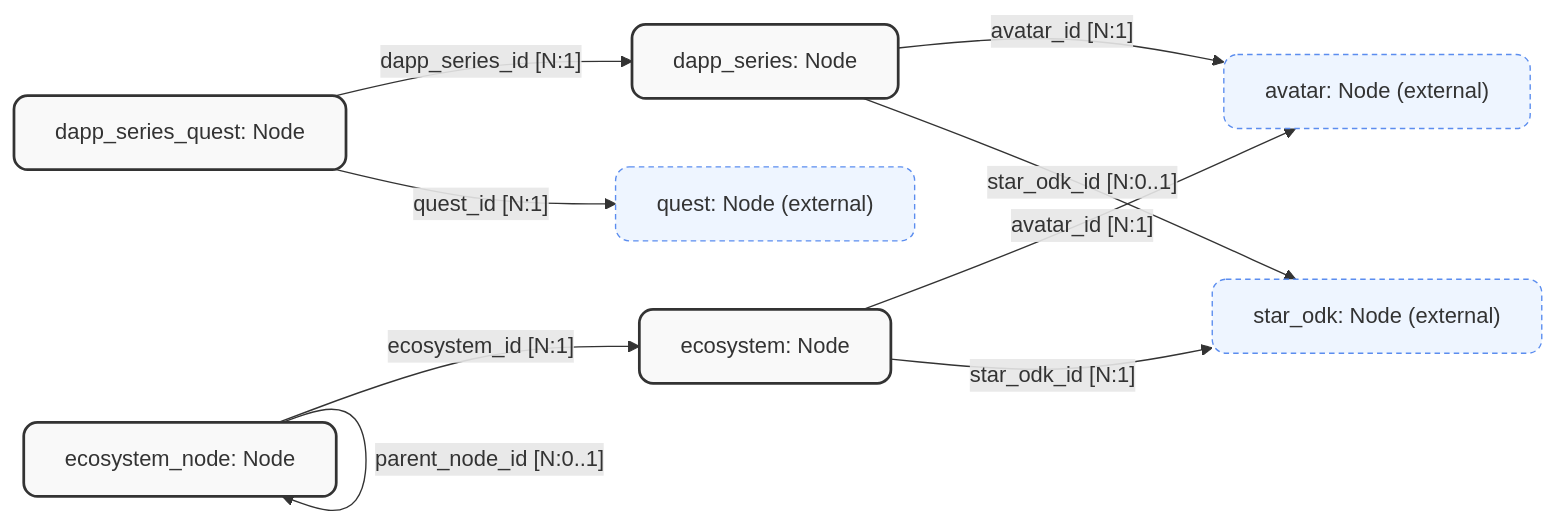
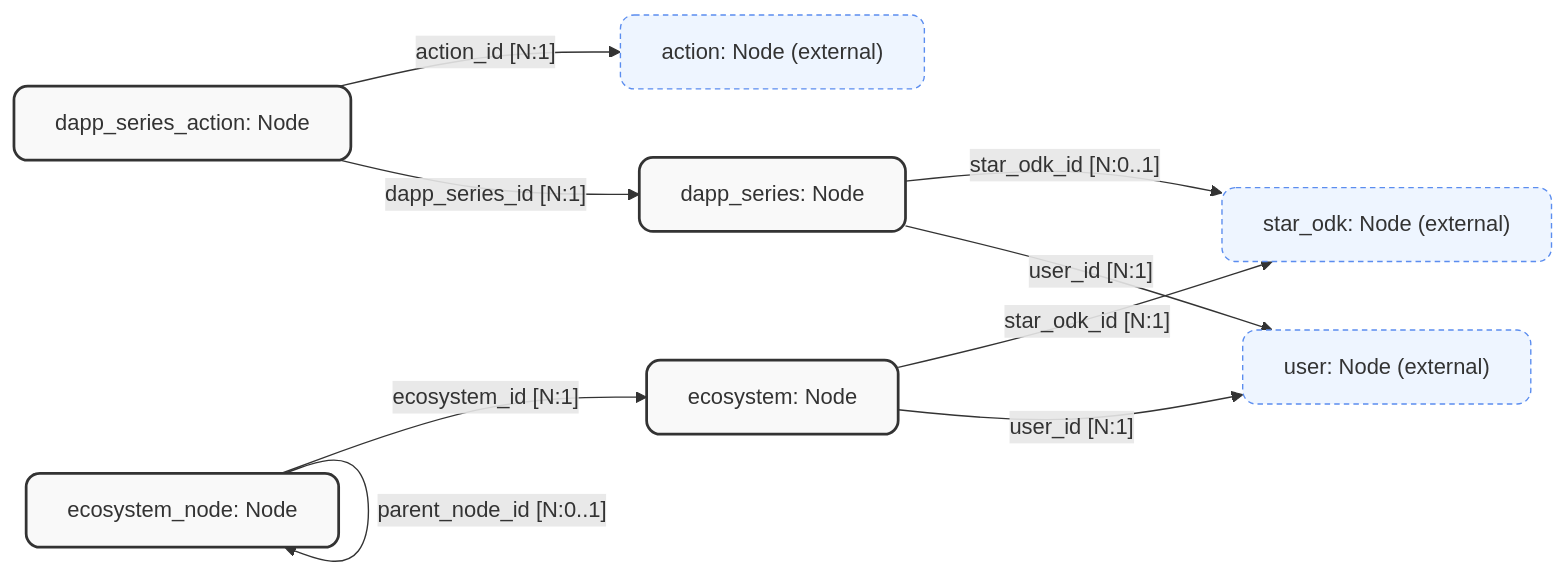
One commit to JadeZaher/azoa-autonomous-zones-of-action changed the diagram in Persistence/SurrealDb/Generated/Flowcharts/dapp_composition.flowchart.mermaid. Above: the diagram before and after it, drawn with Mermaid. The commit also changed 1347 other files, not shown here.

```diff
--- a/Persistence/SurrealDb/Generated/Flowcharts/dapp_composition.flowchart.mermaid
+++ b/Persistence/SurrealDb/Generated/Flowcharts/dapp_composition.flowchart.mermaid
@@ -1,28 +1,28 @@
 graph LR
     %% Slice: dapp_composition
     %% GENERATED FILE -- do not edit. Source: SurrealDB schema attribute scan.
     %% Regenerate with: dotnet run --project packages/SurrealForge.Schema -- flowcharts
 
     %% Nodes in this slice
     dapp_series["dapp_series: Node"]:::nodeClass
-    dapp_series_quest["dapp_series_quest: Node"]:::nodeClass
+    dapp_series_action["dapp_series_action: Node"]:::nodeClass
     ecosystem["ecosystem: Node"]:::nodeClass
     ecosystem_node["ecosystem_node: Node"]:::nodeClass
 
     %% Cross-slice targets (rendered as ghost nodes)
-    avatar["avatar: Node (external)"]:::externalNode
-    quest["quest: Node (external)"]:::externalNode
+    action["action: Node (external)"]:::externalNode
     star_odk["star_odk: Node (external)"]:::externalNode
+    user["user: Node (external)"]:::externalNode
 
     %% Edges (outbound from this slice)
-    dapp_series -- "avatar_id [N:1]" --> avatar
     dapp_series -- "star_odk_id [N:0..1]" --> star_odk
-    dapp_series_quest -- "dapp_series_id [N:1]" --> dapp_series
-    dapp_series_quest -- "quest_id [N:1]" --> quest
-    ecosystem -- "avatar_id [N:1]" --> avatar
+    dapp_series -- "user_id [N:1]" --> user
+    dapp_series_action -- "action_id [N:1]" --> action
+    dapp_series_action -- "dapp_series_id [N:1]" --> dapp_series
     ecosystem -- "star_odk_id [N:1]" --> star_odk
+    ecosystem -- "user_id [N:1]" --> user
     ecosystem_node -- "ecosystem_id [N:1]" --> ecosystem
     ecosystem_node -- "parent_node_id [N:0..1]" --> ecosystem_node
 
     classDef nodeClass fill:#f9f9f9,stroke:#333,stroke-width:2px,rx:10px,ry:10px;
     classDef externalNode fill:#eef5ff,stroke:#5b8def,stroke-width:1px,stroke-dasharray:4 3,rx:10px,ry:10px;
```
